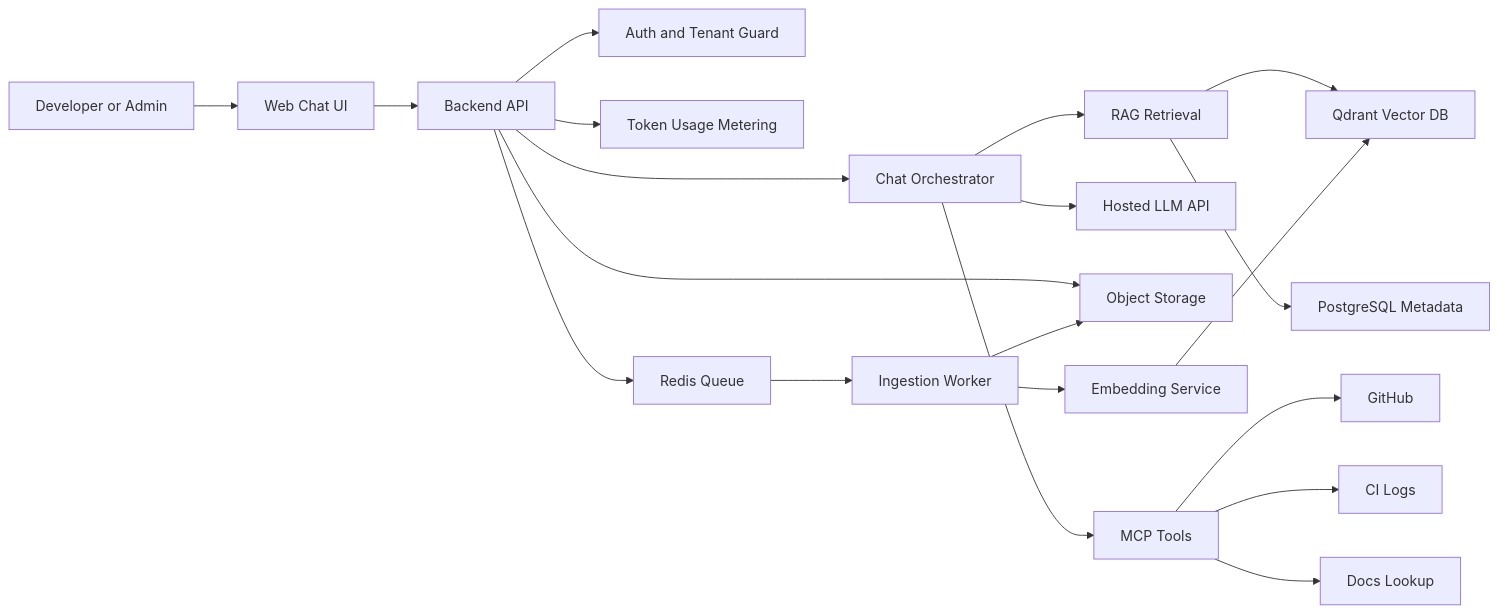
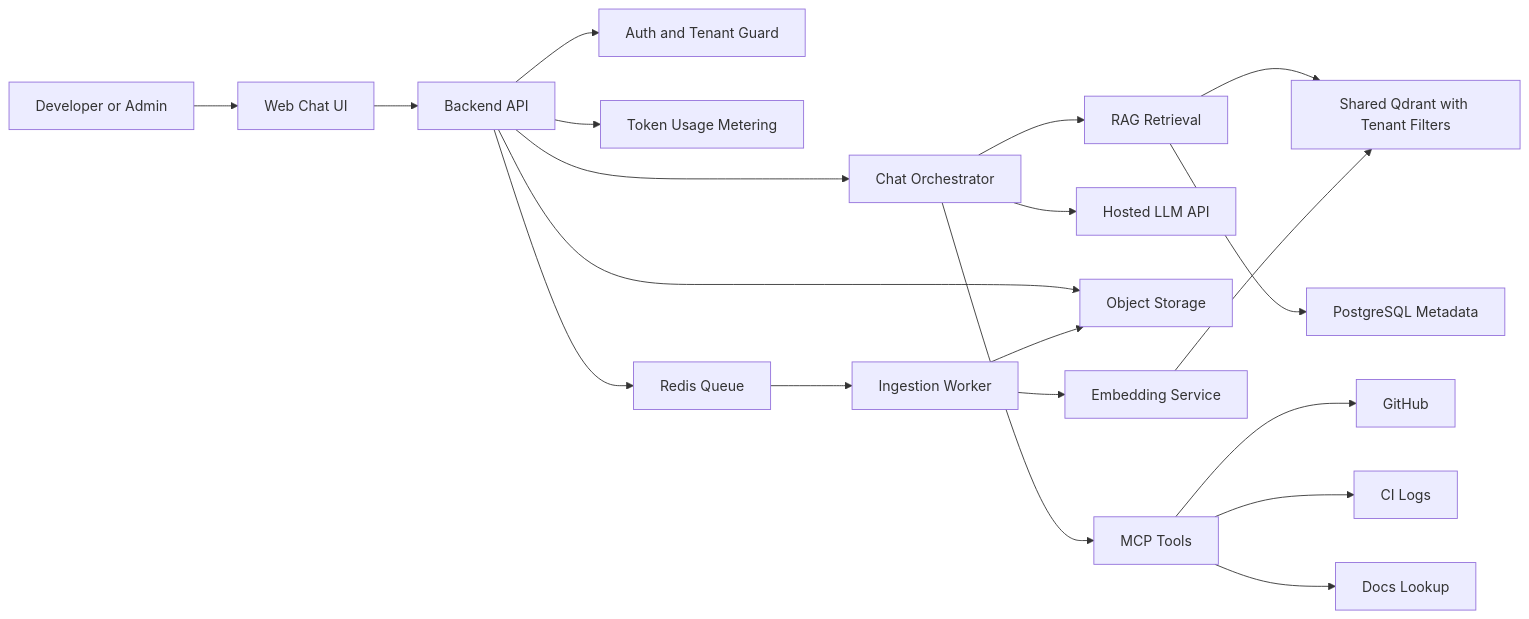
One commit to faizulkhan56/custom-code-helper-business-plan changed the first of 7 diagrams in docs/custom-knowledge-code-helper-business-plan.md. Above: the diagram before and after it, drawn with Mermaid. The commit also changed other lines of this file and 4 other files, not shown here.

````diff
--- a/docs/custom-knowledge-code-helper-business-plan.md
+++ b/docs/custom-knowledge-code-helper-business-plan.md
@@ -151,22 +188,22 @@
 ```mermaid
 flowchart LR
     User[Developer or Admin] --> UI[Web Chat UI]
     UI --> API[Backend API]
     API --> Auth[Auth and Tenant Guard]
     API --> Chat[Chat Orchestrator]
     Chat --> Retrieve[RAG Retrieval]
-    Retrieve --> Qdrant[Qdrant Vector DB]
+    Retrieve --> Qdrant[Shared Qdrant with Tenant Filters]
     Retrieve --> Postgres[PostgreSQL Metadata]
     Chat --> LLM[Hosted LLM API]
     API --> Usage[Token Usage Metering]
     API --> Storage[Object Storage]
     API --> Queue[Redis Queue]
     Queue --> Worker[Ingestion Worker]
     Worker --> Storage
     Worker --> Embed[Embedding Service]
     Embed --> Qdrant
     Chat --> Tools[MCP Tools]
     Tools --> GitHub[GitHub]
     Tools --> CI[CI Logs]
     Tools --> Docs[Docs Lookup]
 ```
````
